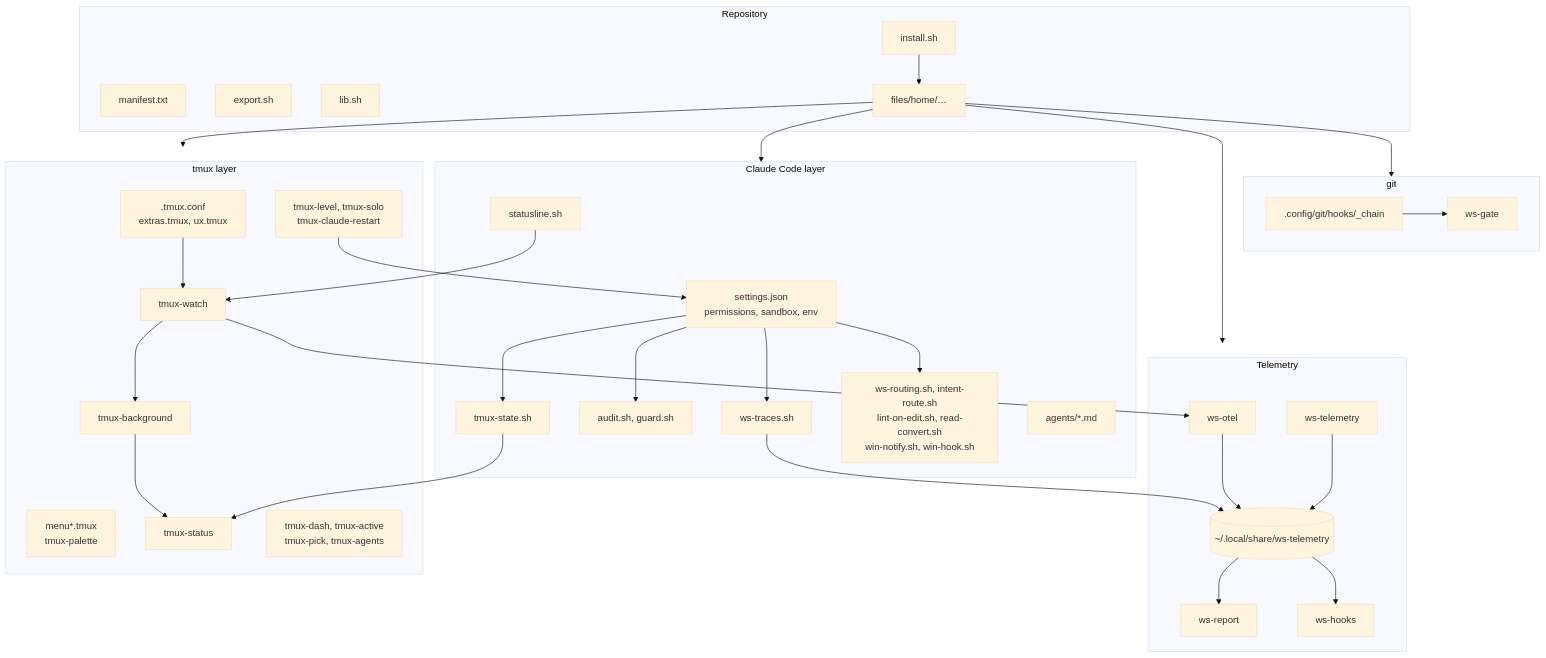
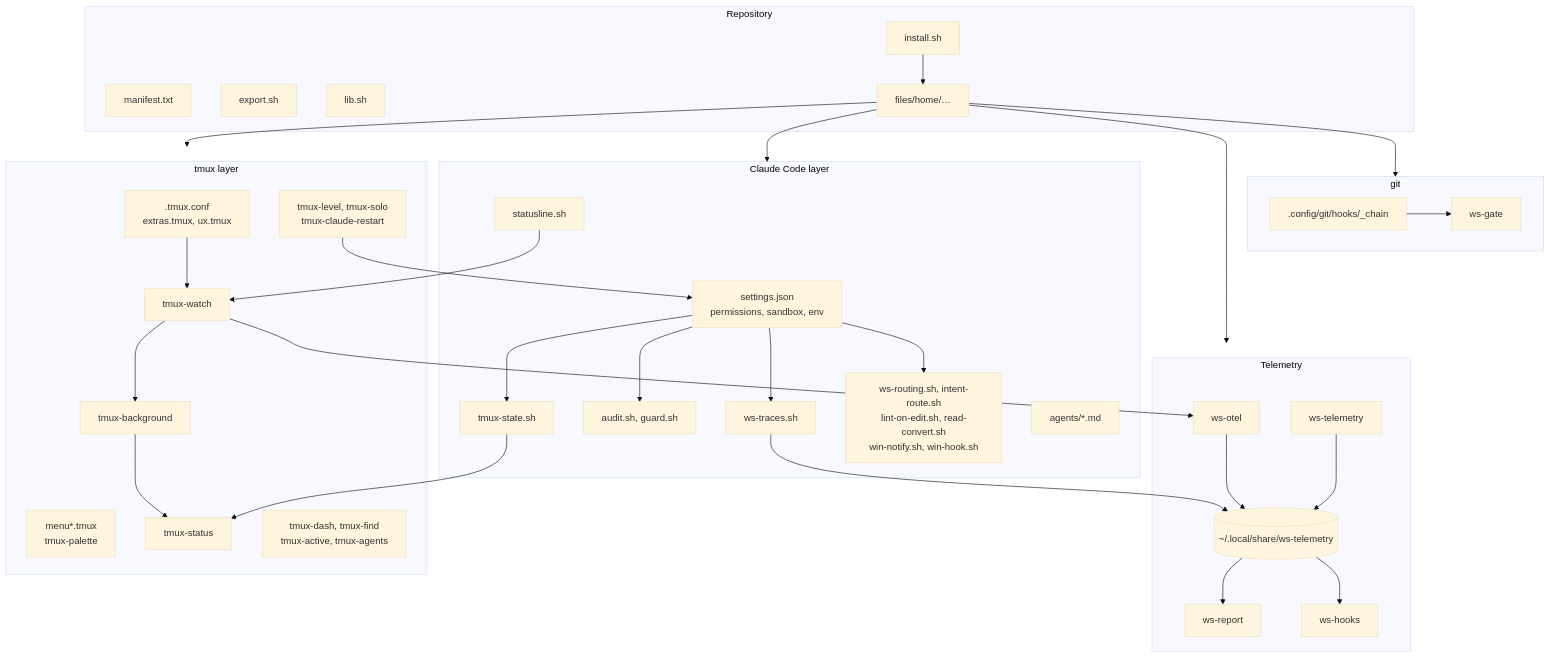
The third of 10 diagrams in docs/DIAGRAMS.md (andreshma/claude-workstation), drawn with Mermaid (base theme) before and after one commit. The commit also changed 27 other files, not shown here.

````diff
--- a/docs/DIAGRAMS.md
+++ b/docs/DIAGRAMS.md
@@ -102,56 +102,56 @@
 ```mermaid
 flowchart TB
   subgraph kit["Repository"]
     manifest["manifest.txt"]
     exp["export.sh"]
     inst["install.sh"]
     lib["lib.sh"]
     payload["files/home/…"]
   end
 
   subgraph tmuxl["tmux layer"]
     conf[".tmux.conf<br/>extras.tmux, ux.tmux"]
     menus["menu*.tmux<br/>tmux-palette"]
     watch["tmux-watch"]
     bg["tmux-background"]
     status["tmux-status"]
-    views["tmux-dash, tmux-active<br/>tmux-pick, tmux-agents"]
+    views["tmux-dash, tmux-find<br/>tmux-active, tmux-agents"]
     levels["tmux-level, tmux-solo<br/>tmux-claude-restart"]
   end
 
   subgraph claudel["Claude Code layer"]
     settings["settings.json<br/>permissions, sandbox, env"]
     state["tmux-state.sh"]
     guard["audit.sh, guard.sh"]
     traces["ws-traces.sh"]
     other["ws-routing.sh, intent-route.sh<br/>lint-on-edit.sh, read-convert.sh<br/>win-notify.sh, win-hook.sh"]
     sl["statusline.sh"]
     agents["agents/*.md"]
   end
 
   subgraph telem["Telemetry"]
     otel["ws-otel"]
     wst["ws-telemetry"]
     report["ws-report"]
     hooksum["ws-hooks"]
     data[("~/.local/share/ws-telemetry")]
   end
 
   subgraph gitl["git"]
     chain[".config/git/hooks/_chain"]
     gate["ws-gate"]
   end
 
   inst --> payload --> tmuxl & claudel & telem & gitl
   conf --> watch --> bg --> status
   watch --> otel
   settings --> state & guard & traces & other
   state --> status
   sl --> watch
   traces --> data
   otel --> data
   wst --> data
   data --> report & hooksum
   levels --> settings
   chain --> gate
 ```
````
